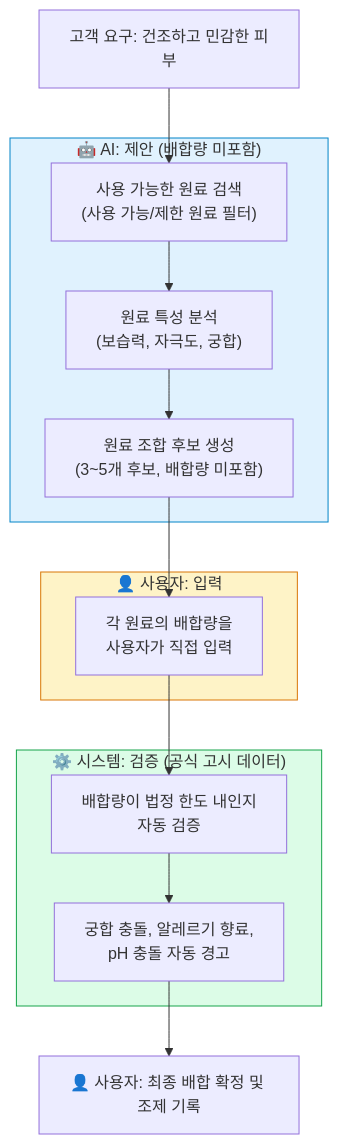
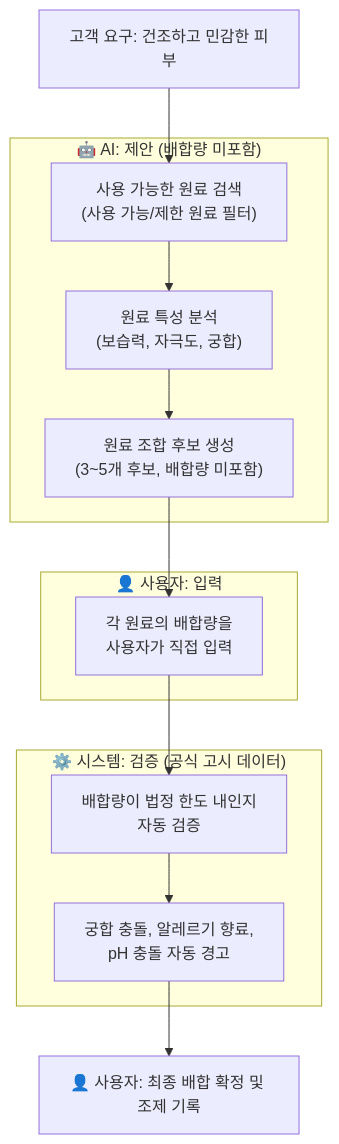
One commit to skygoldlee-cyber/Personalized_Skincare changed the fourth of 10 diagrams in docs/dev/PASS_TO_PRACTICE_STRATEGY.md. Above: the diagram before and after it, drawn with Mermaid. The commit also changed other lines of this file and 1 other file, not shown here.

First line of the commit message:
docs: Mermaid 다크모드 대비 문제 해결 — style 지시자 제거

````diff
--- a/docs/dev/PASS_TO_PRACTICE_STRATEGY.md
+++ b/docs/dev/PASS_TO_PRACTICE_STRATEGY.md
@@ -220,20 +218,17 @@
 ```mermaid
 flowchart TD
     A["고객 요구: 건조하고 민감한 피부"] --> B
     subgraph AI ["🤖 AI: 제안 (배합량 미포함)"]
         B["사용 가능한 원료 검색<br/>(사용 가능/제한 원료 필터)"] --> C["원료 특성 분석<br/>(보습력, 자극도, 궁합)"] --> D["원료 조합 후보 생성<br/>(3~5개 후보, 배합량 미포함)"]
     end
     D --> E
     subgraph USER ["👤 사용자: 입력"]
         E["각 원료의 배합량을<br/>사용자가 직접 입력"]
     end
     E --> F
     subgraph SYS ["⚙️ 시스템: 검증 (공식 고시 데이터)"]
         F["배합량이 법정 한도 내인지<br/>자동 검증"] --> G["궁합 충돌, 알레르기 향료,<br/>pH 충돌 자동 경고"]
     end
     G --> H["👤 사용자: 최종 배합 확정 및 조제 기록"]
 
-    style AI fill:#e0f2fe,stroke:#0284c7
-    style USER fill:#fef3c7,stroke:#d97706
-    style SYS fill:#dcfce7,stroke:#16a34a
 ```
````
